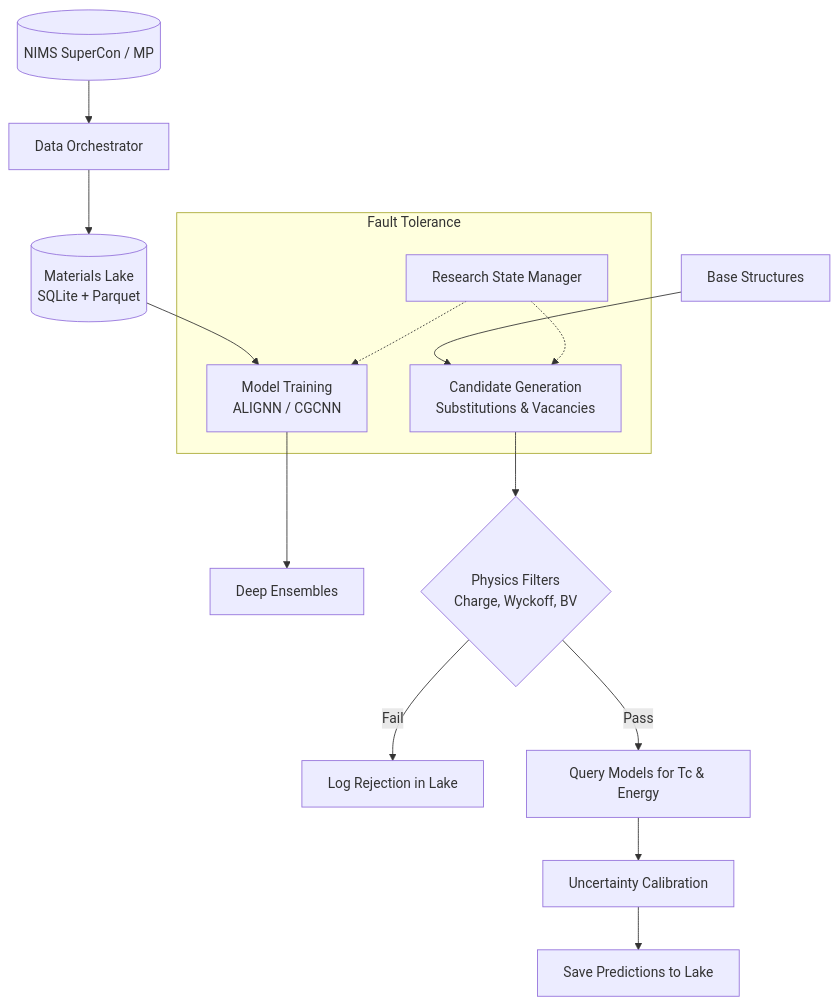
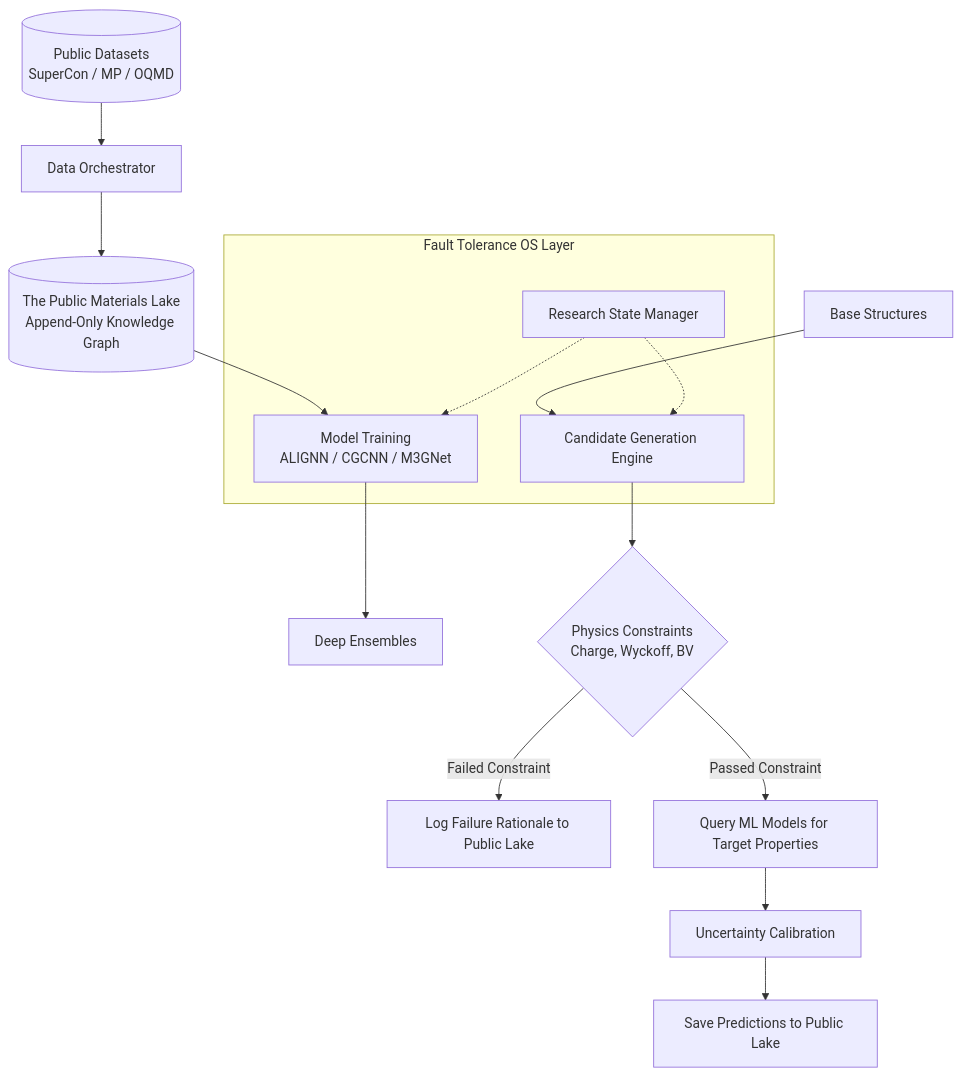
The diagram in README.md (RYuK006/Q-MATIS), drawn with Mermaid before and after one commit. The commit also changed other lines of this file, not shown here.

Commit message:
Redefine Q-MATIS as a Scientific Operating System and public community registry

````diff
--- a/README.md
+++ b/README.md
@@ -65,20 +57,22 @@
 ```mermaid
 graph TD
-    A[(NIMS SuperCon / MP)] --> B[Data Orchestrator]
-    B --> C[(Materials Lake\nSQLite + Parquet)]
+    A[(Public Datasets\nSuperCon / MP / OQMD)] --> B[Data Orchestrator]
+    B --> C[(The Public Materials Lake\nAppend-Only Knowledge Graph)]
     
-    C --> D[Model Training\nALIGNN / CGCNN]
+    C --> D[Model Training\nALIGNN / CGCNN / M3GNet]
     D --> E[Deep Ensembles]
     
-    F[Base Structures] --> G[Candidate Generation\nSubstitutions & Vacancies]
-    G --> H{Physics Filters\nCharge, Wyckoff, BV}
-    H -->|Fail| I[Log Rejection in Lake]
-    H -->|Pass| J[Query Models for Tc & Energy]
+    F[Base Structures] --> G[Candidate Generation Engine]
+    G --> H{Physics Constraints\nCharge, Wyckoff, BV}
+    
+    H -->|Failed Constraint| I[Log Failure Rationale to Public Lake]
+    H -->|Passed Constraint| J[Query ML Models for Target Properties]
+    
     J --> K[Uncertainty Calibration]
-    K --> L[Save Predictions to Lake]
+    K --> L[Save Predictions to Public Lake]
     
-    subgraph Fault Tolerance
+    subgraph Fault Tolerance OS Layer
         M[Research State Manager] -.-> D
         M -.-> G
     end
 ```
````
